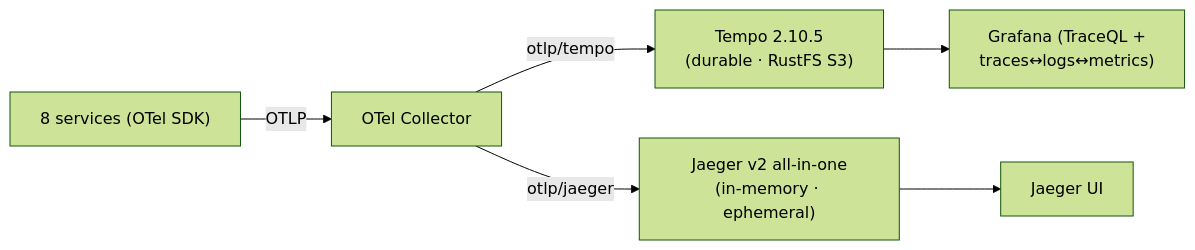
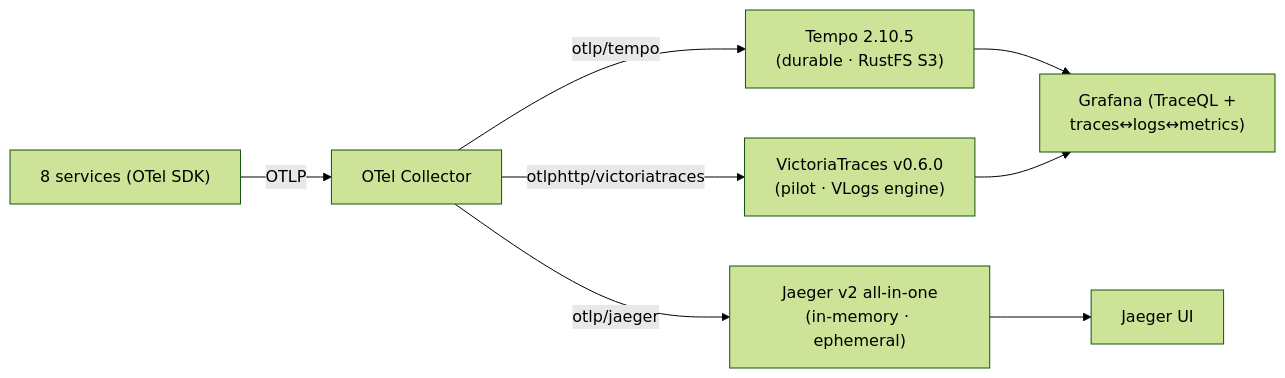
One commit to duynhlab/homelab changed the diagram in docs/observability/tracing/backends-comparison.md. Above: the diagram before and after it, drawn with Mermaid (forest theme). The commit also changed other lines of this file and 10 other files, not shown here.

First line of the commit message:
Add VictoriaTraces pilot as 3rd tracing backend (#365)

````diff
--- a/docs/observability/tracing/backends-comparison.md
+++ b/docs/observability/tracing/backends-comparison.md
@@ -14,8 +15,10 @@
 ```mermaid
 flowchart LR
   Apps["8 services (OTel SDK)"] -->|OTLP| OC["OTel Collector"]
   OC -->|otlp/tempo| T["Tempo 2.10.5<br/>(durable · RustFS S3)"]
   OC -->|otlp/jaeger| J["Jaeger v2 all-in-one<br/>(in-memory · ephemeral)"]
+  OC -->|otlphttp/victoriatraces| V["VictoriaTraces v0.6.0<br/>(pilot · VLogs engine)"]
   T --> G["Grafana (TraceQL +<br/>traces↔logs↔metrics)"]
   J --> JU["Jaeger UI"]
+  V --> G
 ```
````
